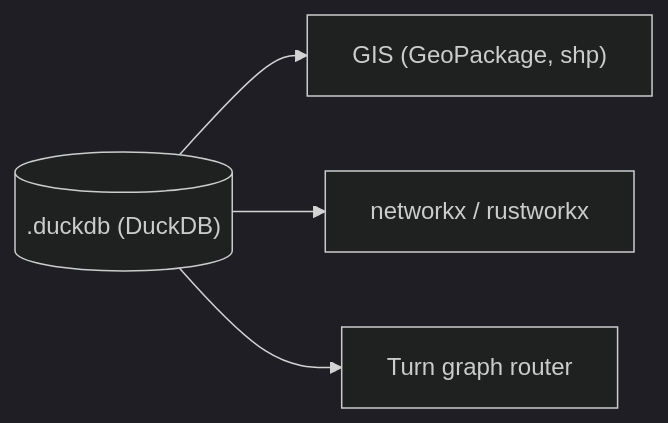
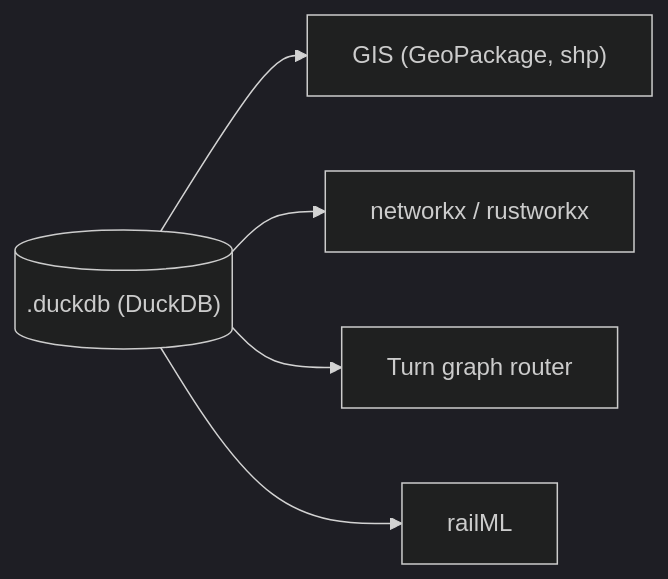
Before and after one commit to Khoshkhah/duckOSM: the diagram in docs/exports/routable-network/index.md, drawn with Mermaid (dark theme). The commit also changed other lines of this file and 3 other files, not shown here.

````diff
--- a/docs/exports/routable-network/index.md
+++ b/docs/exports/routable-network/index.md
@@ -5,6 +5,7 @@
 ```mermaid
 flowchart LR
   db[("<area>.duckdb (DuckDB)")] --> gis["GIS (GeoPackage, shp)"]
   db --> nx["networkx / rustworkx"]
   db --> tr["Turn graph router"]
+  db --> rail["railML"]
 ```
````
